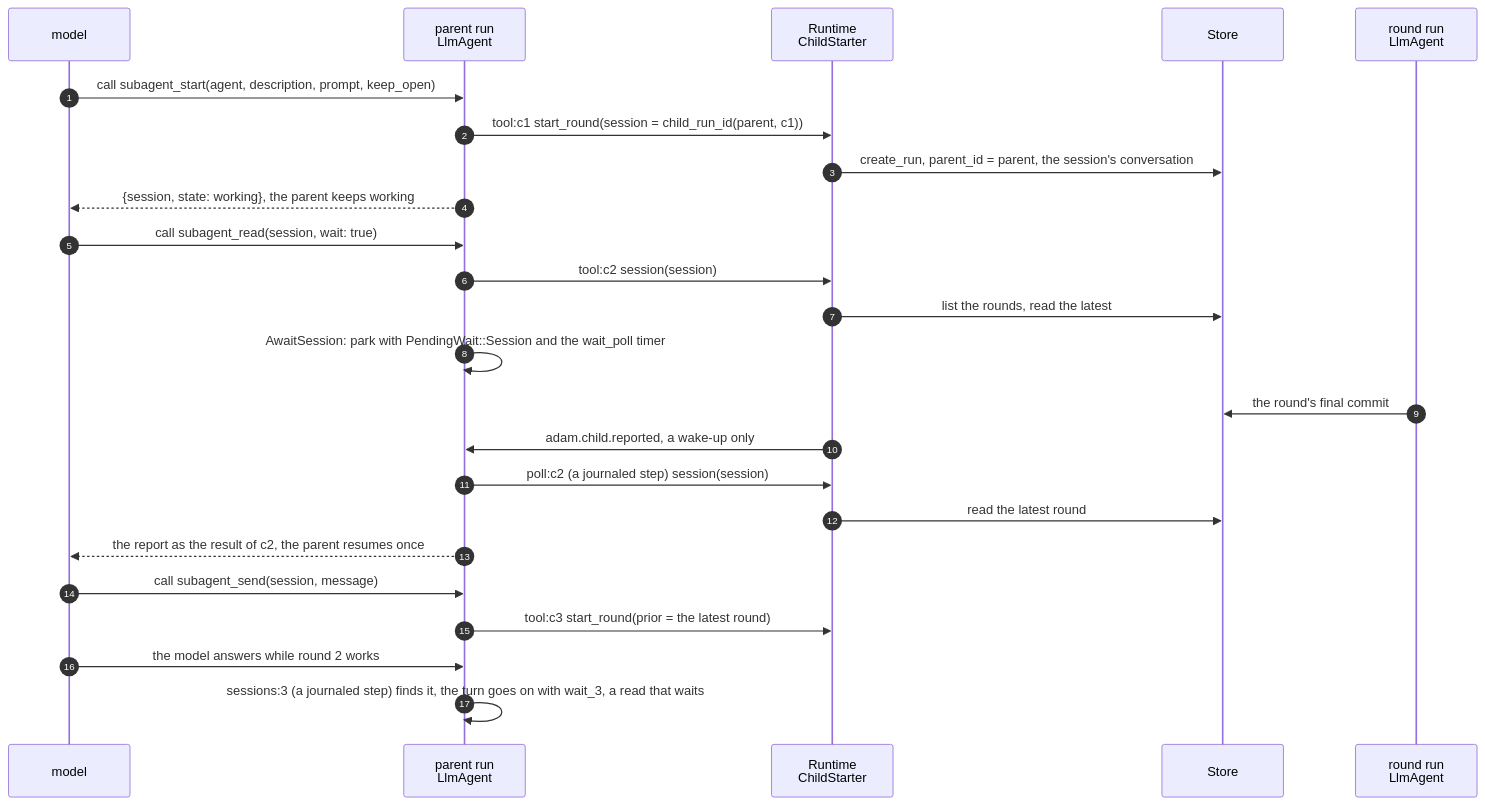
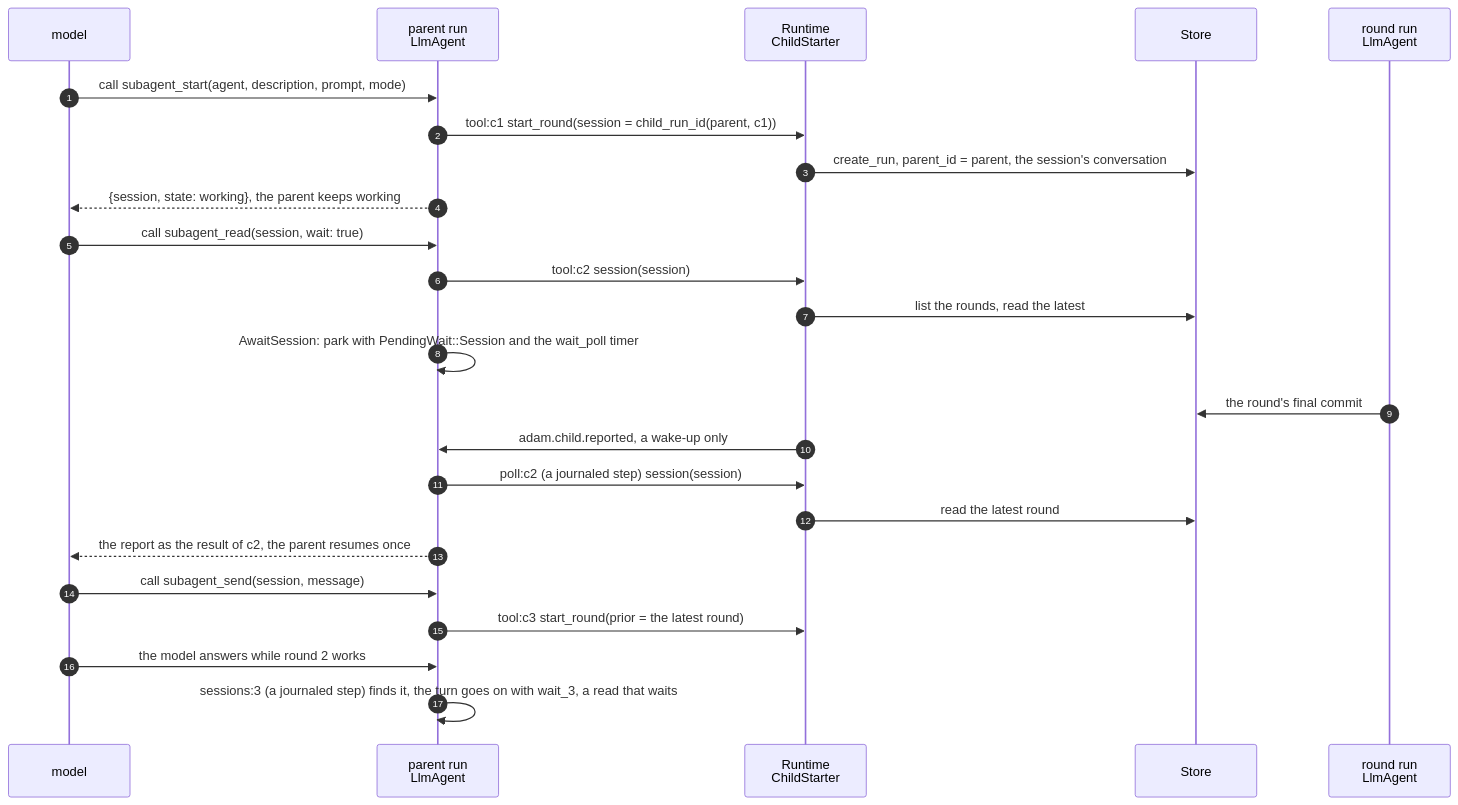
One commit to vymalo/another-adam-rs changed the third of 12 diagrams in docs/reference/child-runs.md. Above: the diagram before and after it, drawn with Mermaid. The commit also changed other lines of this file and 27 other files, not shown here.

First line of the commit message:
feat(subagents): subagent_start takes `mode` and `wait` (ADR 0087 slice C2)

````diff
--- a/docs/reference/child-runs.md
+++ b/docs/reference/child-runs.md
@@ -309,26 +323,26 @@
 ```mermaid
 sequenceDiagram
     autonumber
     participant M as model
     participant P as parent run<br/>LlmAgent
     participant RT as Runtime<br/>ChildStarter
     participant DB as Store
     participant C as round run<br/>LlmAgent
-    M->>P: call subagent_start(agent, description, prompt, keep_open)
+    M->>P: call subagent_start(agent, description, prompt, mode)
     P->>RT: tool:c1 start_round(session = child_run_id(parent, c1))
     RT->>DB: create_run, parent_id = parent, the session's conversation
     P-->>M: {session, state: working}, the parent keeps working
     M->>P: call subagent_read(session, wait: true)
     P->>RT: tool:c2 session(session)
     RT->>DB: list the rounds, read the latest
     P->>P: AwaitSession: park with PendingWait::Session and the wait_poll timer
     C->>DB: the round's final commit
     RT->>P: adam.child.reported, a wake-up only
     P->>RT: poll:c2 (a journaled step) session(session)
     RT->>DB: read the latest round
     P-->>M: the report as the result of c2, the parent resumes once
     M->>P: call subagent_send(session, message)
     P->>RT: tool:c3 start_round(prior = the latest round)
     M->>P: the model answers while round 2 works
     P->>P: sessions:3 (a journaled step) finds it, the turn goes on with wait_3, a read that waits
 ```
````
